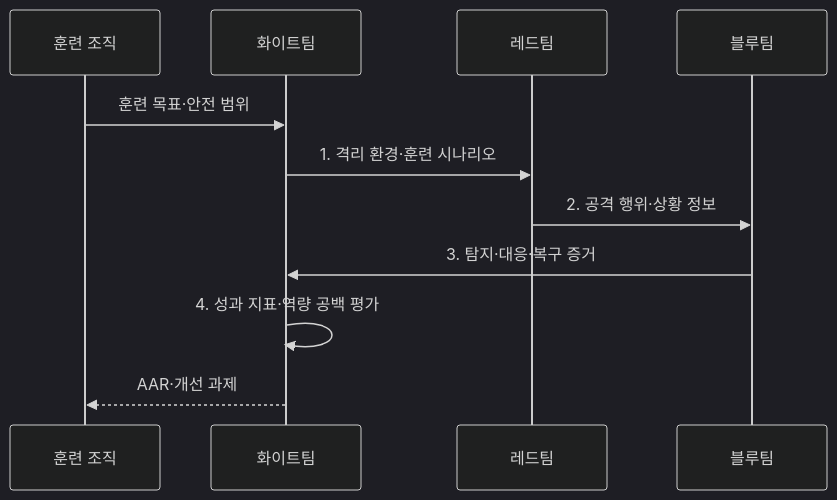
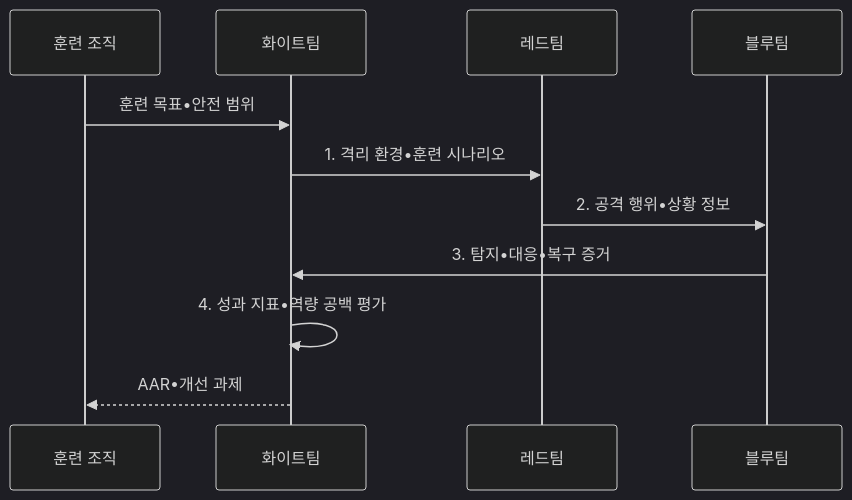
Before and after one commit to agnusdei1207/knowledge-base: the second of 2 diagrams in src/content/docs/notes/05-security/123_cyber_range_training.md, drawn with Mermaid (dark theme). The commit also changed other lines of this file and 953 other files, not shown here.

````diff
--- a/src/content/docs/notes/05-security/123_cyber_range_training.md
+++ b/src/content/docs/notes/05-security/123_cyber_range_training.md
@@ -100,13 +100,13 @@
 ```mermaid
 sequenceDiagram
   participant O as 훈련 조직
   participant W as 화이트팀
   participant R as 레드팀
   participant B as 블루팀
-  O->>W: 훈련 목표·안전 범위
-  W->>R: 1. 격리 환경·훈련 시나리오
-  R->>B: 2. 공격 행위·상황 정보
-  B->>W: 3. 탐지·대응·복구 증거
-  W->>W: 4. 성과 지표·역량 공백 평가
-  W-->>O: AAR·개선 과제
+  O->>W: 훈련 목표•안전 범위
+  W->>R: 1. 격리 환경•훈련 시나리오
+  R->>B: 2. 공격 행위•상황 정보
+  B->>W: 3. 탐지•대응•복구 증거
+  W->>W: 4. 성과 지표•역량 공백 평가
+  W-->>O: AAR•개선 과제
 ```
````
